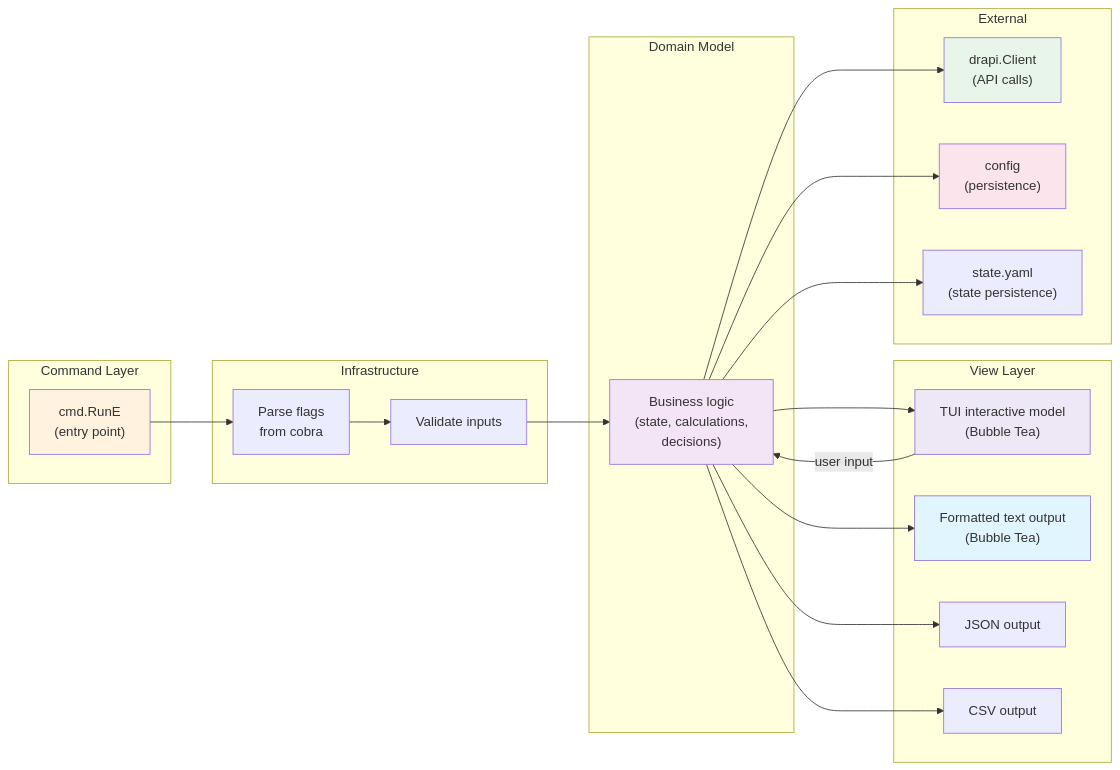
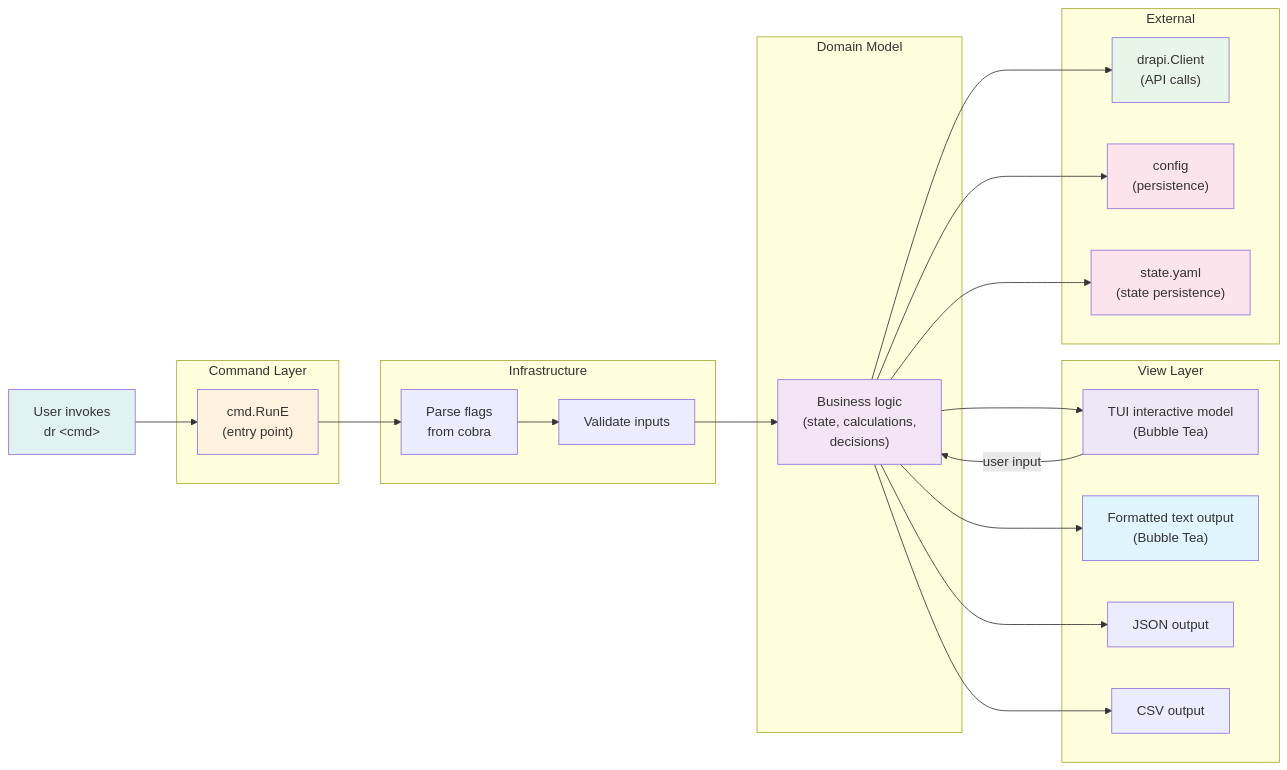
One commit to datarobot-oss/cli changed the fourth of 5 diagrams in docs/development/architecture.md. Above: the diagram before and after it, drawn with Mermaid.

Commit message:
Add user invocation box to Model-View-Cmd pattern

````diff
--- a/docs/development/architecture.md
+++ b/docs/development/architecture.md
@@ -93,49 +93,55 @@
 ```mermaid
 graph LR
+    USER["User invokes<br/>dr &lt;cmd&gt;"]
+    
+    USER --> CMD
+    
     subgraph "Command Layer"
         CMD["cmd.RunE<br/>(entry point)"]
     end
     
     subgraph "Infrastructure"
         PARSE["Parse flags<br/>from cobra"]
         VALIDATE["Validate inputs"]
     end
     
     subgraph "Domain Model"
         MODEL["Business logic<br/>(state, calculations,<br/>decisions)"]
     end
     
     subgraph "View Layer"
         TUI["TUI interactive model<br/>(Bubble Tea)"]
         TEXT["Formatted text output<br/>(Bubble Tea)"]
         JSON["JSON output"]
         CSV["CSV output"]
     end
     
     subgraph "External"
         API["drapi.Client<br/>(API calls)"]
         CONFIG["config<br/>(persistence)"]
         STATE["state.yaml<br/>(state persistence)"]
     end
     
     CMD --> PARSE
     PARSE --> VALIDATE
     VALIDATE --> MODEL
     
     MODEL --> TUI
     MODEL --> TEXT
     MODEL --> JSON
     MODEL --> CSV
     MODEL --> API
     MODEL --> CONFIG
     MODEL --> STATE
     
     TUI -->|user input| MODEL
     
+    style USER fill:#e0f2f1
     style CMD fill:#fff3e0
     style MODEL fill:#f3e5f5
     style TUI fill:#ede7f6
     style TEXT fill:#e1f5ff
     style API fill:#e8f5e9
     style CONFIG fill:#fce4ec
+    style STATE fill:#fce4ec
 ```
````
